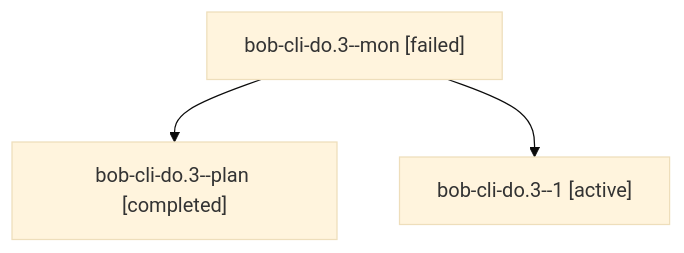
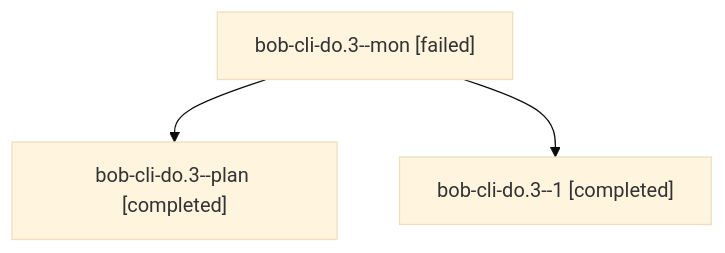
The diagram in sessions/bbugyi200.athena.bob-cli-do.3.md (bobs-org/bob-cli--agents), drawn with Mermaid (base theme) before and after one commit. The commit also changed other lines of this file and 63 other files, not shown here.

````diff
--- a/sessions/bbugyi200.athena.bob-cli-do.3.md
+++ b/sessions/bbugyi200.athena.bob-cli-do.3.md
@@ -9,8 +9,8 @@
 ```mermaid
 flowchart TD
   n0["bob-cli-do.3--mon [failed]"]
   n1["bob-cli-do.3--plan [completed]"]
   n0 --> n1
-  n2["bob-cli-do.3--1 [active]"]
+  n2["bob-cli-do.3--1 [completed]"]
   n0 --> n2
 ```
````
